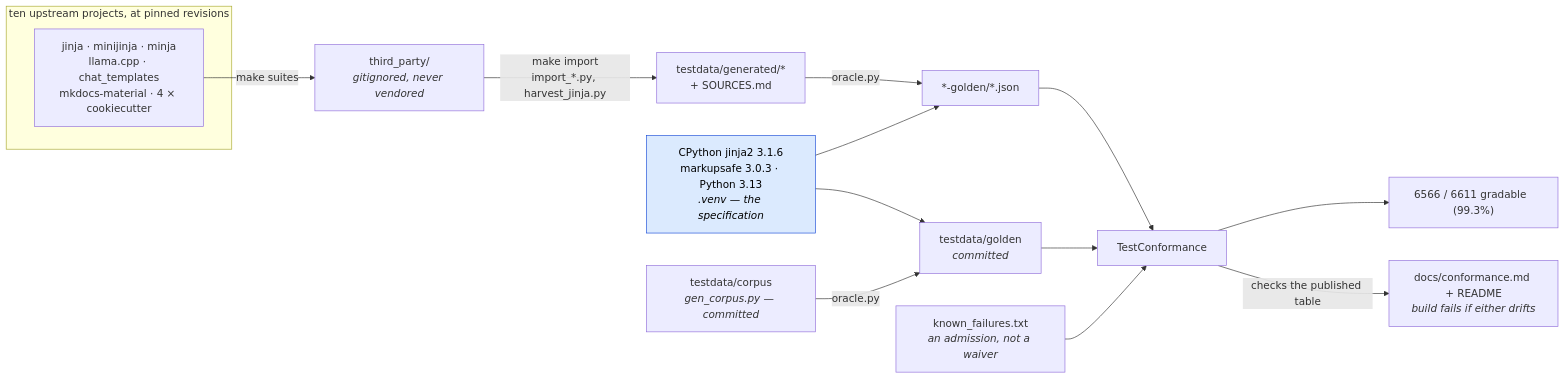
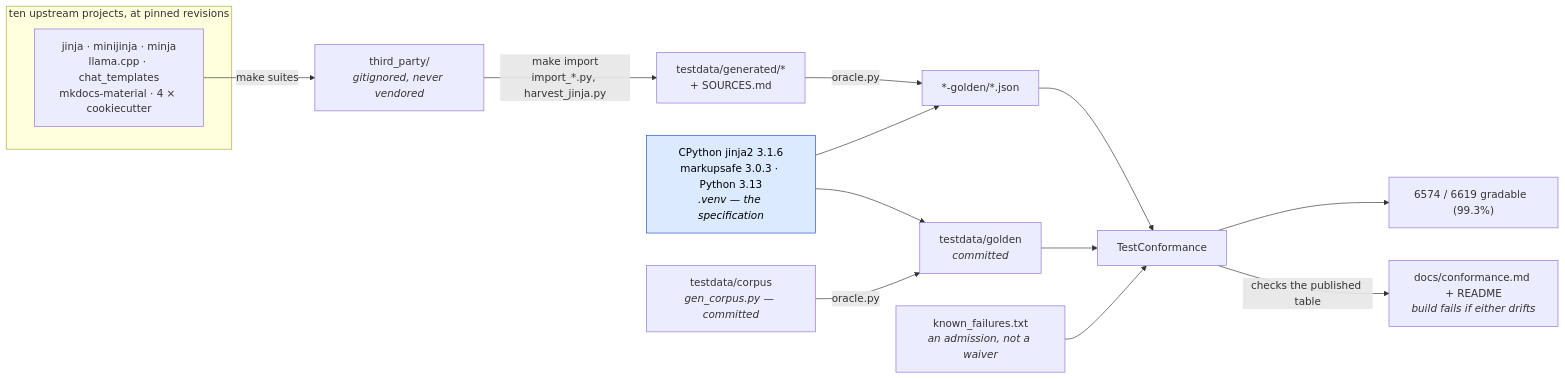
One commit to mgilbir/gojja2 changed the first of 2 diagrams in docs/conformance.md. Above: the diagram before and after it, drawn with Mermaid. The commit also changed other lines of this file and 29 other files, not shown here.

````diff
--- a/docs/conformance.md
+++ b/docs/conformance.md
@@ -17,24 +17,24 @@
 ```mermaid
 flowchart LR
     subgraph up["ten upstream projects, at pinned revisions"]
         U1["jinja · minijinja · minja<br/>llama.cpp · chat_templates<br/>mkdocs-material · 4 × cookiecutter"]
     end
     U1 -->|"make suites"| TP["third_party/<br/><i>gitignored, never vendored</i>"]
     TP -->|"make import<br/>import_*.py, harvest_jinja.py"| GEN["testdata/generated/*<br/>+ SOURCES.md"]
 
     ORA["CPython jinja2 3.1.6<br/>markupsafe 3.0.3 · Python 3.13<br/><i>.venv — the specification</i>"]
     GEN -->|"oracle.py"| G2["*-golden/*.json"]
     ORA --> G2
 
     OWN["testdata/corpus<br/><i>gen_corpus.py — committed</i>"] -->|"oracle.py"| G1["testdata/golden<br/><i>committed</i>"]
     ORA --> G1
 
     G1 --> TC["TestConformance"]
     G2 --> TC
     KF["known_failures.txt<br/><i>an admission, not a waiver</i>"] --> TC
-    TC --> RATE["6566 / 6611 gradable  (99.3%)"]
+    TC --> RATE["6574 / 6619 gradable  (99.3%)"]
     TC -->|"checks the published table"| RM["docs/conformance.md + README<br/><i>build fails if either drifts</i>"]
 
     classDef spec fill:#dbeafe,stroke:#1d4ed8,color:#000
     class ORA spec
 ```
````
